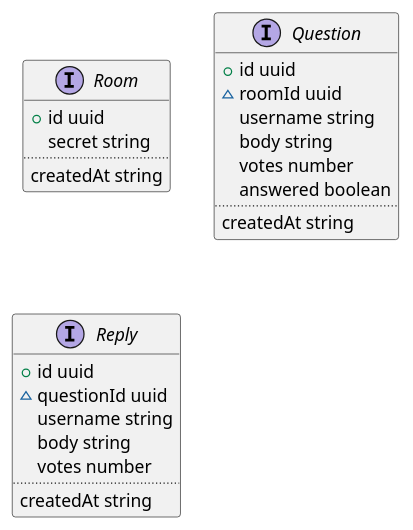
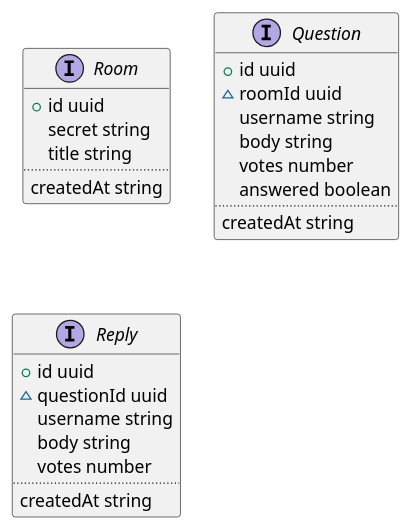
The diagram in docs/entities.pu (clairefro/askaway-rw), drawn with PlantUML before and after one commit. The commit also changed 8 other files, not shown here.

```diff
--- a/docs/entities.pu
+++ b/docs/entities.pu
@@ -1,31 +1,32 @@
 @startuml Askaway entities
 
 interface Room {
   +id uuid
   secret string
+  title string
   ....
   createdAt string
 }
 
 interface Question {
   +id uuid
   ~roomId uuid
   username string
   body string
   votes number
   answered boolean
   ....
   createdAt string
 }
 
 interface Reply {
   +id uuid
   ~questionId uuid
   username string
   body string
   votes number
   ....
   createdAt string
 }
 
 @enduml
```
